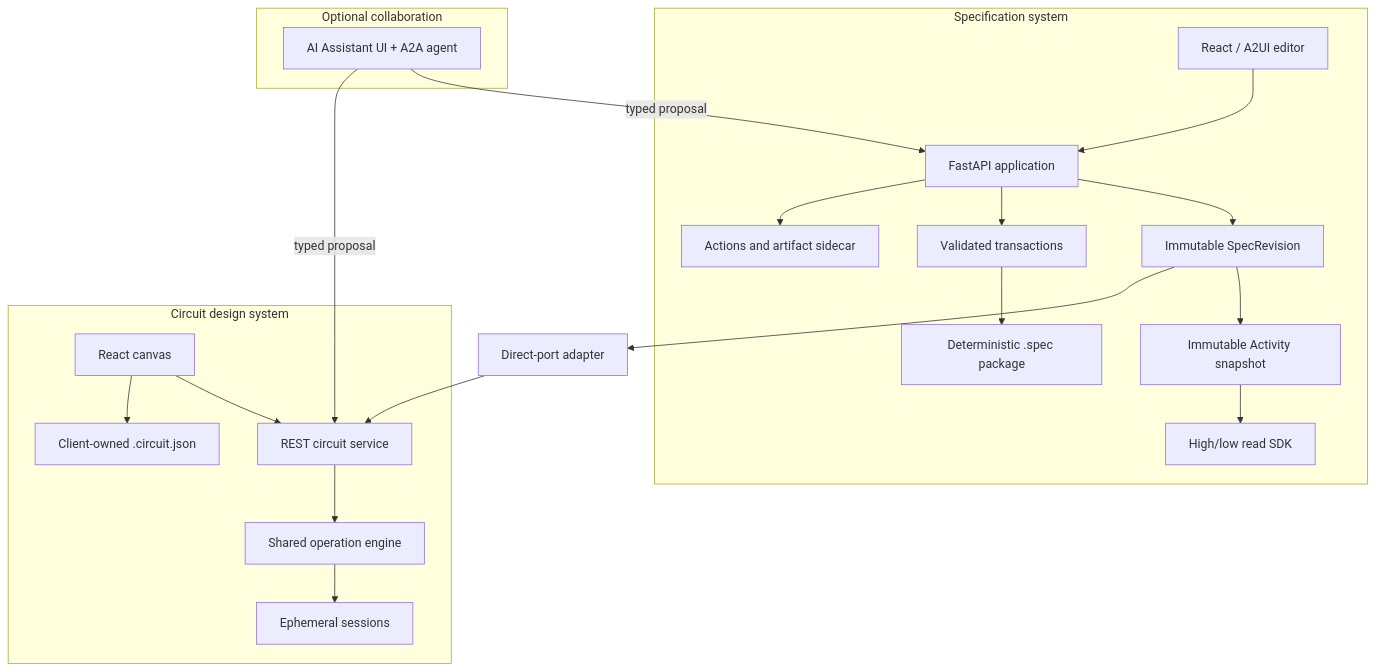
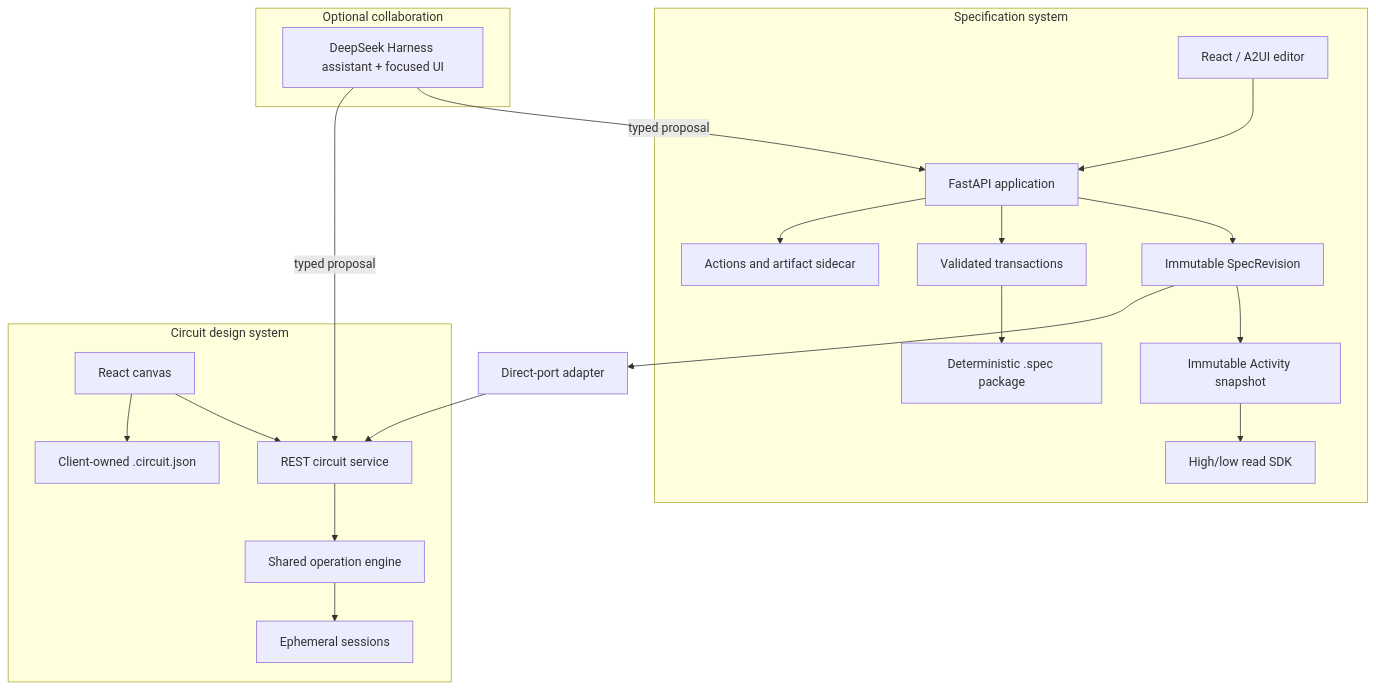
One commit to ankdesh/spec2gds changed the first of 3 diagrams in docs/architecture.md. Above: the diagram before and after it, drawn with Mermaid. The commit also changed 72 other files, not shown here.

````diff
--- a/docs/architecture.md
+++ b/docs/architecture.md
@@ -8,27 +8,27 @@
 ```mermaid
 flowchart TB
     subgraph Spec["Specification system"]
         SE["React / A2UI editor"] --> SA["FastAPI application"]
         SA --> IR["Immutable SpecRevision"]
         SA --> TX["Validated transactions"]
         TX --> SP["Deterministic .spec package"]
         SA --> AS["Actions and artifact sidecar"]
         IR --> SNAP["Immutable Activity snapshot"]
         SNAP --> SDK["High/low read SDK"]
     end
 
     subgraph Circuit["Circuit design system"]
         CE["React canvas"] --> CS["REST circuit service"]
         CS --> ENG["Shared operation engine"]
         ENG --> MEM["Ephemeral sessions"]
         CE --> FILE["Client-owned .circuit.json"]
     end
 
     subgraph Optional["Optional collaboration"]
-        AU["AI Assistant UI + A2A agent"]
+        AU["DeepSeek Harness assistant + focused UI"]
     end
 
     IR --> ADAPTER["Direct-port adapter"] --> CS
     AU -->|"typed proposal"| SA
     AU -->|"typed proposal"| CS
 ```
````
